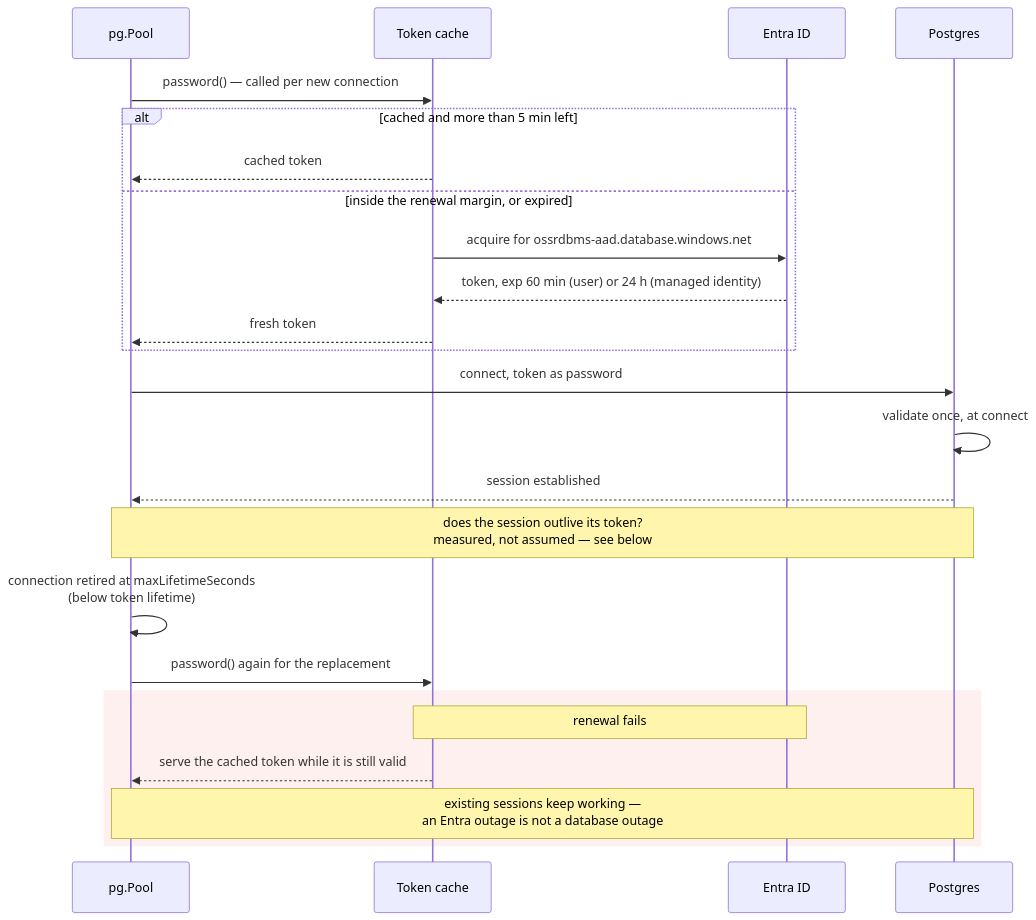
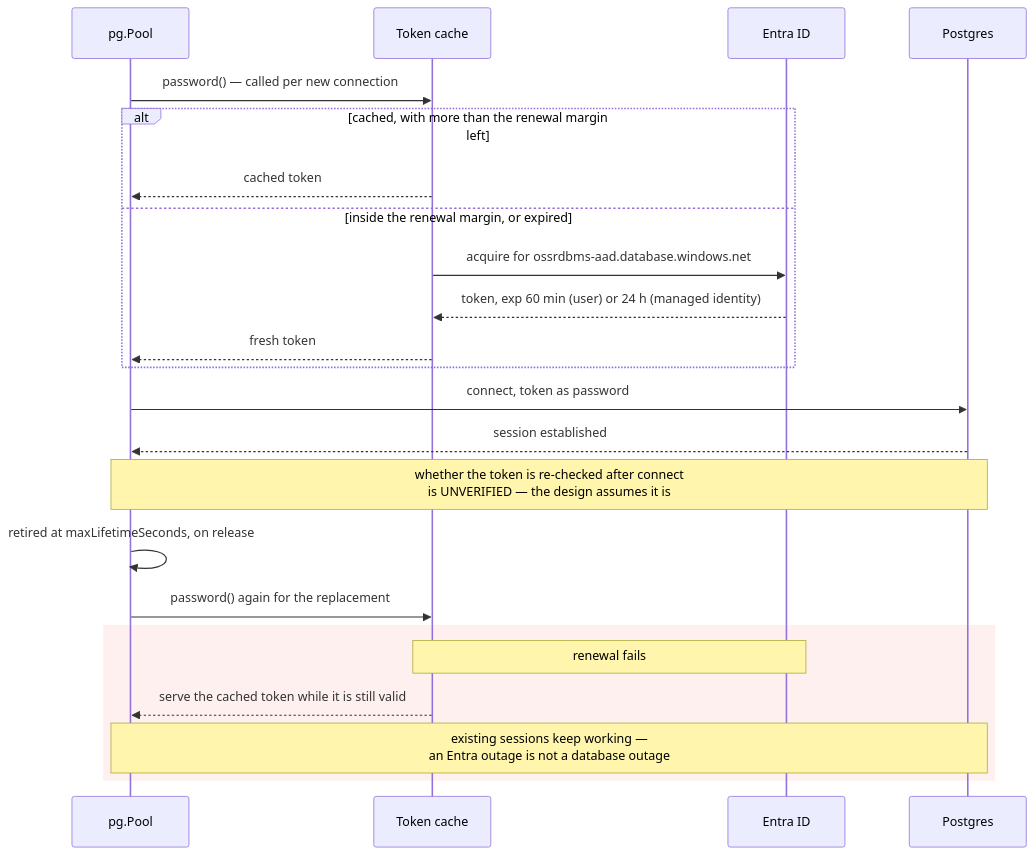
One commit to mbahgatTech/switchback changed the ninth of 10 diagrams in docs/architecture.md. Above: the diagram before and after it, drawn with Mermaid. The commit also changed other lines of this file and 6 other files, not shown here.

````diff
--- a/docs/architecture.md
+++ b/docs/architecture.md
@@ -298,29 +298,28 @@
 ```mermaid
 sequenceDiagram
   participant P as pg.Pool
   participant T as Token cache
   participant E as Entra ID
   participant DB as Postgres
 
   P->>T: password() — called per new connection
-  alt cached and more than 5 min left
+  alt cached, with more than the renewal margin left
     T-->>P: cached token
   else inside the renewal margin, or expired
     T->>E: acquire for ossrdbms-aad.database.windows.net
     E-->>T: token, exp 60 min (user) or 24 h (managed identity)
     T-->>P: fresh token
   end
   P->>DB: connect, token as password
-  DB->>DB: validate once, at connect
   DB-->>P: session established
 
-  Note over P,DB: does the session outlive its token?<br/>measured, not assumed — see below
-  P->>P: connection retired at maxLifetimeSeconds<br/>(below token lifetime)
+  Note over P,DB: whether the token is re-checked after connect<br/>is UNVERIFIED — the design assumes it is
+  P->>P: retired at maxLifetimeSeconds, on release
   P->>T: password() again for the replacement
 
   rect rgb(255, 240, 240)
     Note over T,E: renewal fails
     T-->>P: serve the cached token while it is still valid
     Note over P,DB: existing sessions keep working —<br/>an Entra outage is not a database outage
   end
 ```
````
